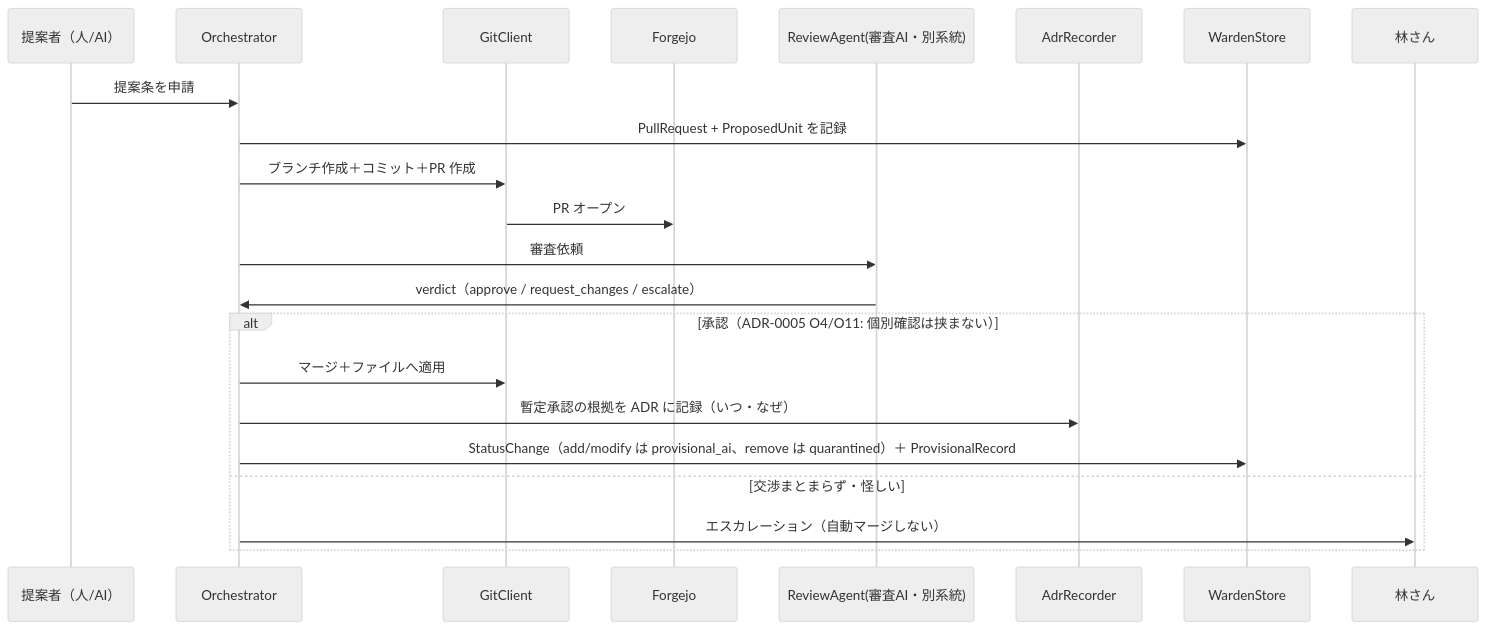
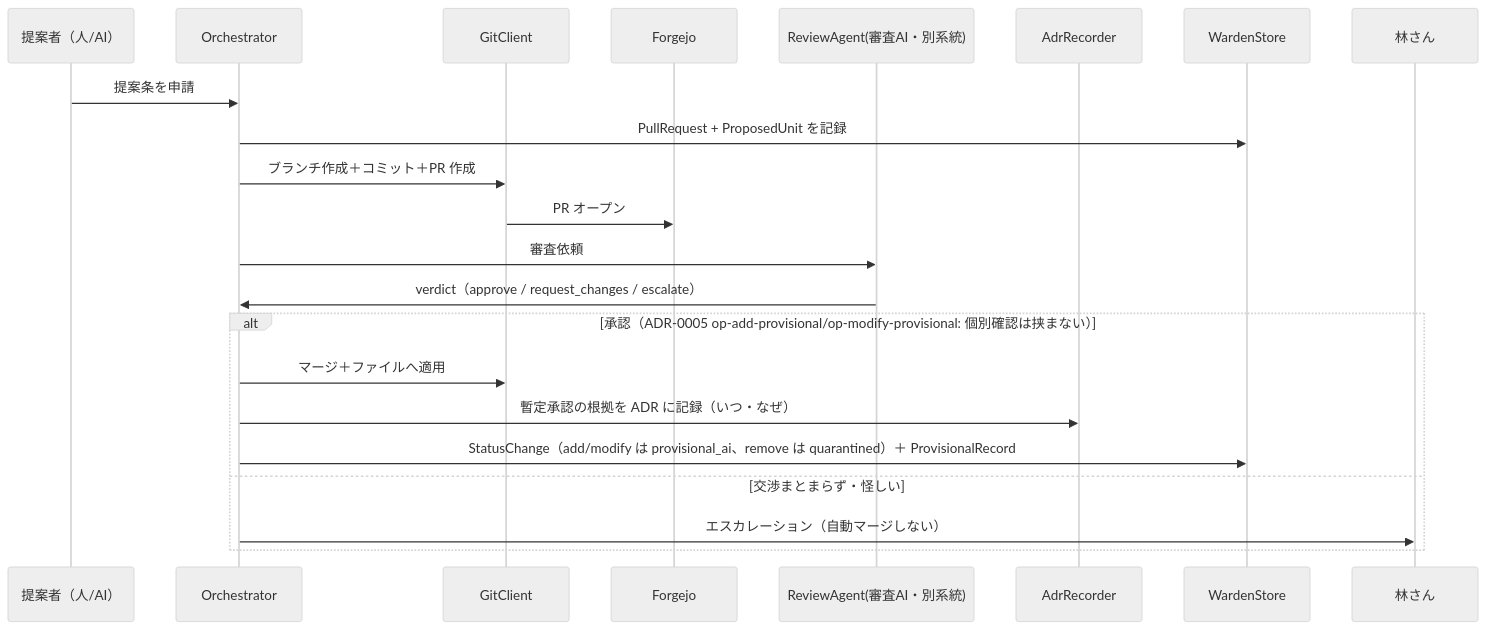
The fifth of 6 diagrams in docs/adr/0002.5-domain-model.md (khayashi4337/rule-warden), drawn with Mermaid (neutral theme) before and after one commit. The commit also changed other lines of this file and 22 other files, not shown here.

````diff
--- a/docs/adr/0002.5-domain-model.md
+++ b/docs/adr/0002.5-domain-model.md
@@ -264,25 +264,25 @@
 ```mermaid
 sequenceDiagram
     participant P as 提案者（人/AI）
     participant O as Orchestrator
     participant GC as GitClient
     participant F as Forgejo
     participant RA as ReviewAgent(審査AI・別系統)
     participant AR as AdrRecorder
     participant DB as WardenStore
     participant H as 林さん
 
     P->>O: 提案条を申請
     O->>DB: PullRequest + ProposedUnit を記録
     O->>GC: ブランチ作成＋コミット＋PR 作成
     GC->>F: PR オープン
     O->>RA: 審査依頼
     RA->>O: verdict（approve / request_changes / escalate）
-    alt 承認（ADR-0005 O4/O11: 個別確認は挟まない）
+    alt 承認（ADR-0005 op-add-provisional/op-modify-provisional: 個別確認は挟まない）
         O->>GC: マージ＋ファイルへ適用
         O->>AR: 暫定承認の根拠を ADR に記録（いつ・なぜ）
         O->>DB: StatusChange（add/modify は provisional_ai、remove は quarantined）＋ ProvisionalRecord
     else 交渉まとまらず・怪しい
         O->>H: エスカレーション（自動マージしない）
     end
 ```
````
